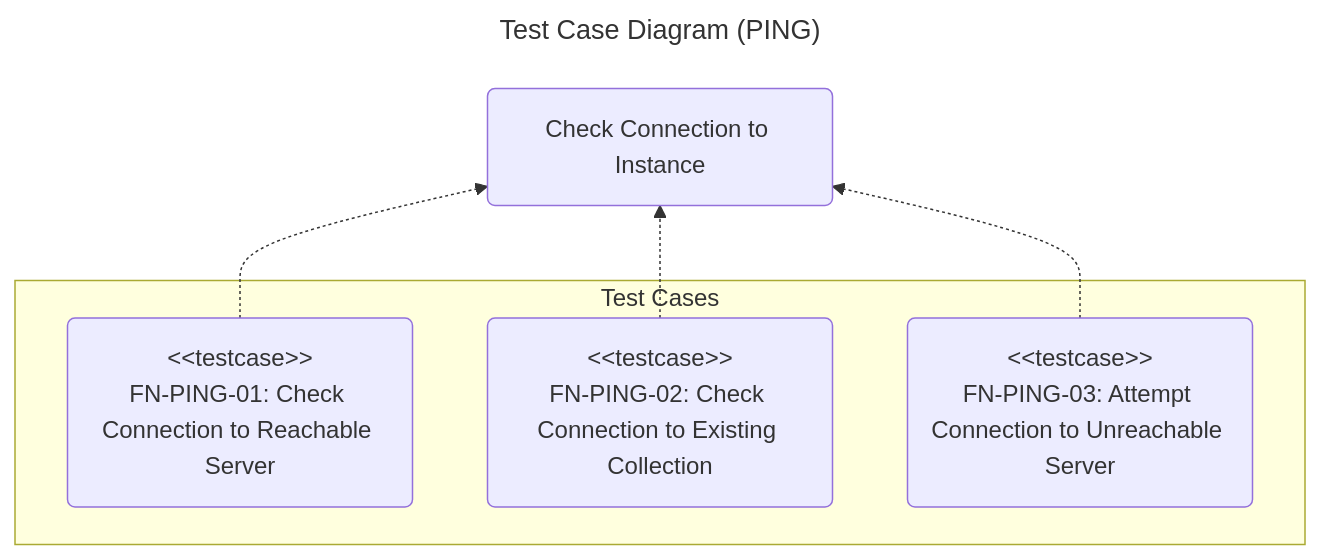
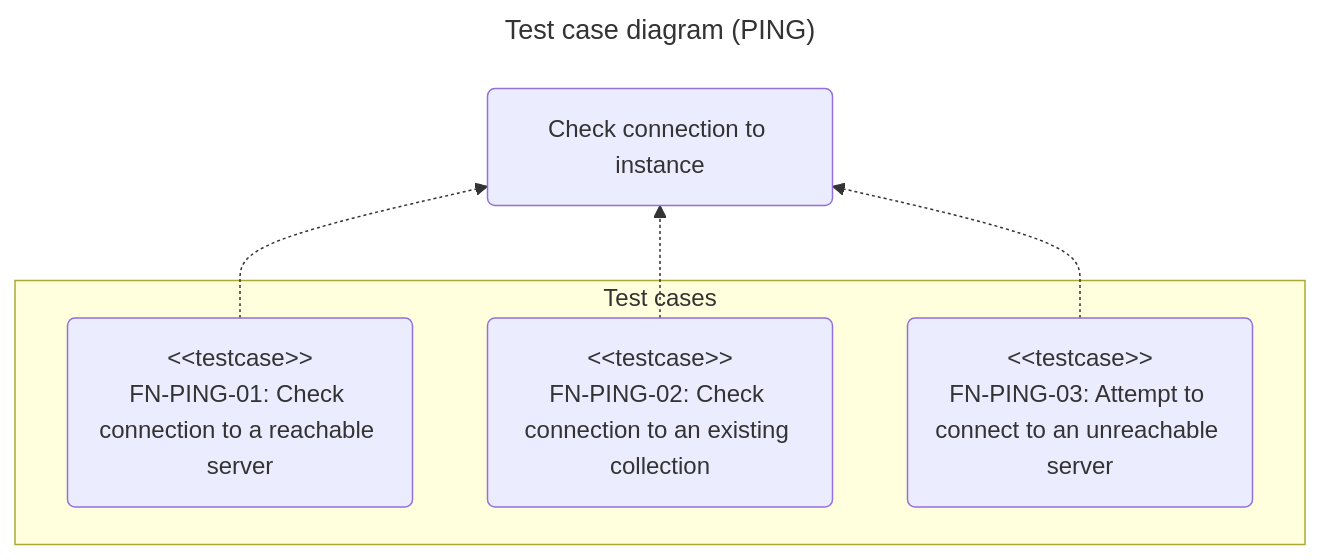
One commit to chromiodev/chromie-tool changed the fifth of 6 diagrams in docs/spec/tests/functional.en.md. Above: the diagram before and after it, drawn with Mermaid. The commit also changed other lines of this file and 25 other files, not shown here.

````diff
--- a/docs/spec/tests/functional.en.md
+++ b/docs/spec/tests/functional.en.md
@@ -378,20 +380,20 @@
 ```mermaid
 ---
-title: Test Case Diagram (PING)
+title: Test case diagram (PING)
 config:
 ---
 
 graph BT
   %% use cases
-  pingServer@{ shape: "rounded", label: "Check Connection to Instance" }
+  pingServer@{ shape: "rounded", label: "Check connection to instance" }
 
-  subgraph "Test Cases"
-    pingReachableServer@{ shape: "rounded", label: "#lt;#lt;testcase>><br>FN-PING-01: Check Connection to Reachable Server" }
-    pingReachableColl@{ shape: "rounded", label: "#lt;#lt;testcase>><br>FN-PING-02: Check Connection to Existing Collection" }
-    pingUnreachableServer@{ shape: "rounded", label: "#lt;#lt;testcase>><br>FN-PING-03: Attempt Connection to Unreachable Server" }
+  subgraph "Test cases"
+    pingReachableServer@{ shape: "rounded", label: "#lt;#lt;testcase>><br>FN-PING-01: Check connection to a reachable server" }
+    pingReachableColl@{ shape: "rounded", label: "#lt;#lt;testcase>><br>FN-PING-02: Check connection to an existing collection" }
+    pingUnreachableServer@{ shape: "rounded", label: "#lt;#lt;testcase>><br>FN-PING-03: Attempt to connect to an unreachable server" }
   end
 
   pingReachableServer -.-> pingServer
   pingReachableColl -.-> pingServer
   pingUnreachableServer -.-> pingServer
 ```
````
